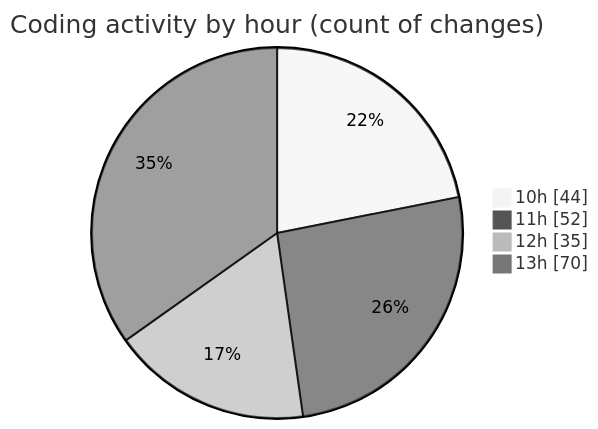
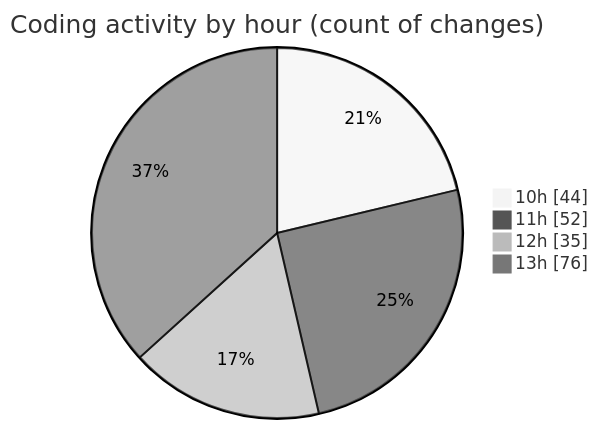
Before and after one commit to momahboobian/code-tracking: the second of 2 diagrams in 2025-08-28/cda/README.md, drawn with Mermaid (neutral theme). The commit also changed other lines of this file and 1 other file, not shown here.

````diff
--- a/2025-08-28/cda/README.md
+++ b/2025-08-28/cda/README.md
@@ -36,8 +36,8 @@
 ```mermaid
 pie showData
 title Coding activity by hour (count of changes)
 "10h" : 44
 "11h" : 52
 "12h" : 35
-"13h" : 70
+"13h" : 76
 ```
````
